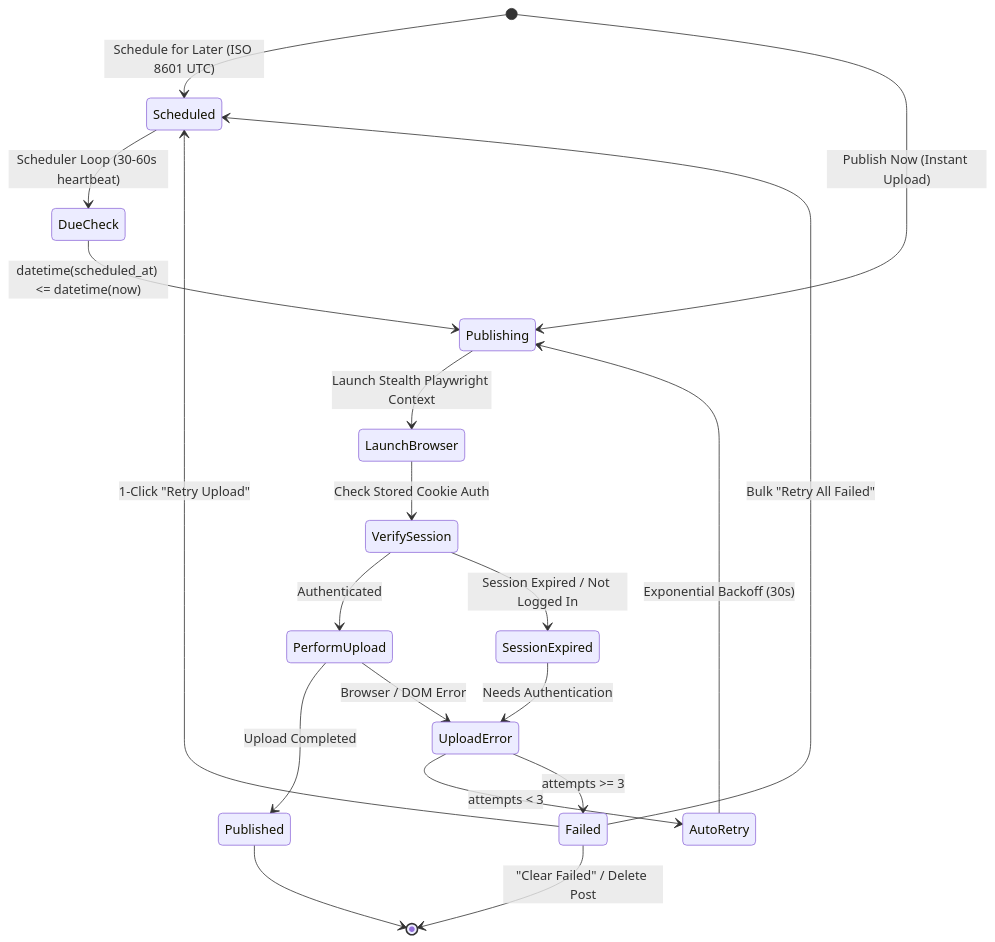
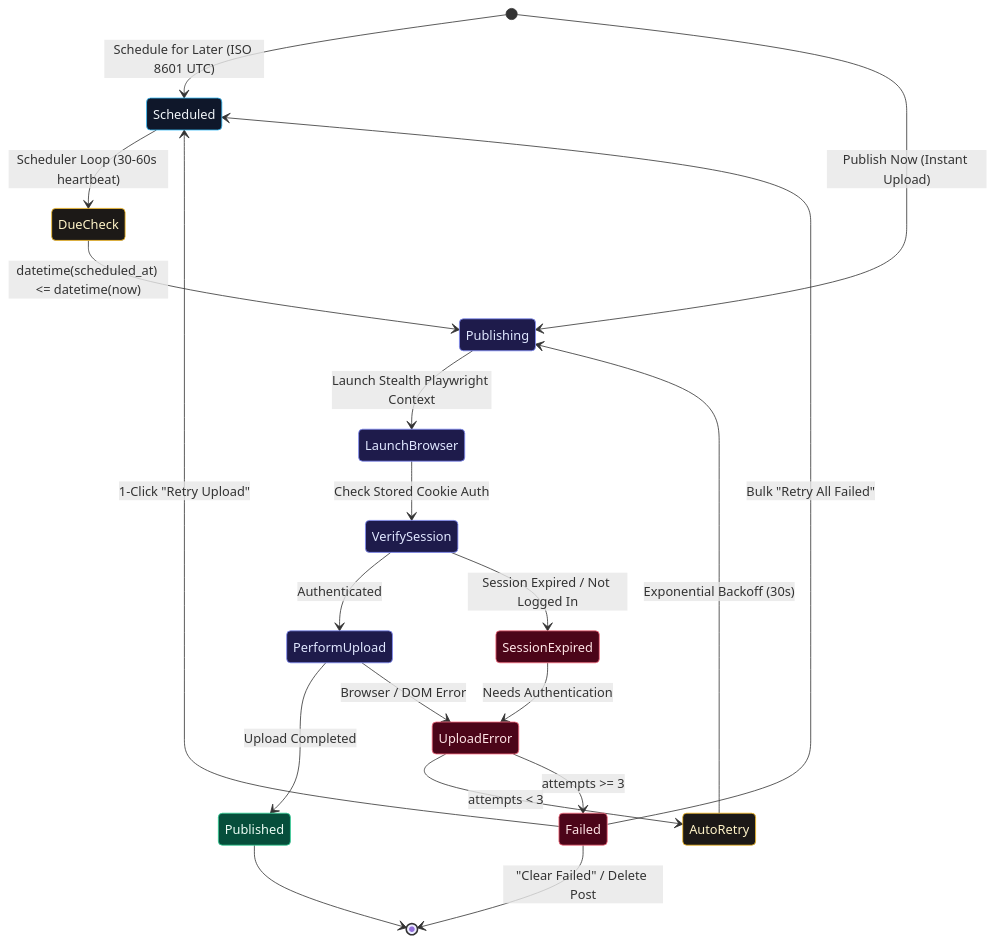
The third of 4 diagrams in backend/README.md (DivyamJoshi2005/Alfred), drawn with Mermaid before and after one commit. The commit also changed other lines of this file and 1 other file, not shown here.

Commit message:
docs: add minimal, vibrant slate & neon accent styling to all Mermaid architecture diagrams

````diff
--- a/backend/README.md
+++ b/backend/README.md
@@ -220,28 +236,40 @@
 ```mermaid
 stateDiagram-v2
+    classDef scheduled fill:#0f172a,stroke:#38bdf8,color:#f1f5f9
+    classDef active fill:#1e1b4b,stroke:#818cf8,color:#e0e7ff
+    classDef success fill:#064e3b,stroke:#34d399,color:#ecfdf5
+    classDef error fill:#4c0519,stroke:#fb7185,color:#ffe4e6
+    classDef retry fill:#1c1917,stroke:#fbbf24,color:#fef3c7
+
     [*] --> Scheduled: Schedule for Later (ISO 8601 UTC)
     [*] --> Publishing: Publish Now (Instant Upload)
 
     Scheduled --> DueCheck: Scheduler Loop (30-60s heartbeat)
     DueCheck --> Publishing: datetime(scheduled_at) <= datetime(now)
 
     Publishing --> LaunchBrowser: Launch Stealth Playwright Context
     LaunchBrowser --> VerifySession: Check Stored Cookie Auth
 
     VerifySession --> PerformUpload: Authenticated
     VerifySession --> SessionExpired: Session Expired / Not Logged In
 
     PerformUpload --> Published: Upload Completed
     PerformUpload --> UploadError: Browser / DOM Error
     SessionExpired --> UploadError: Needs Authentication
 
     UploadError --> AutoRetry: attempts < 3
     AutoRetry --> Publishing: Exponential Backoff (30s)
 
     UploadError --> Failed: attempts >= 3
     Failed --> Scheduled: 1-Click "Retry Upload"
     Failed --> Scheduled: Bulk "Retry All Failed"
     Failed --> [*]: "Clear Failed" / Delete Post
 
     Published --> [*]
+
+    class Scheduled scheduled
+    class Publishing,LaunchBrowser,VerifySession,PerformUpload active
+    class Published success
+    class SessionExpired,UploadError,Failed error
+    class DueCheck,AutoRetry retry
 ```
````
